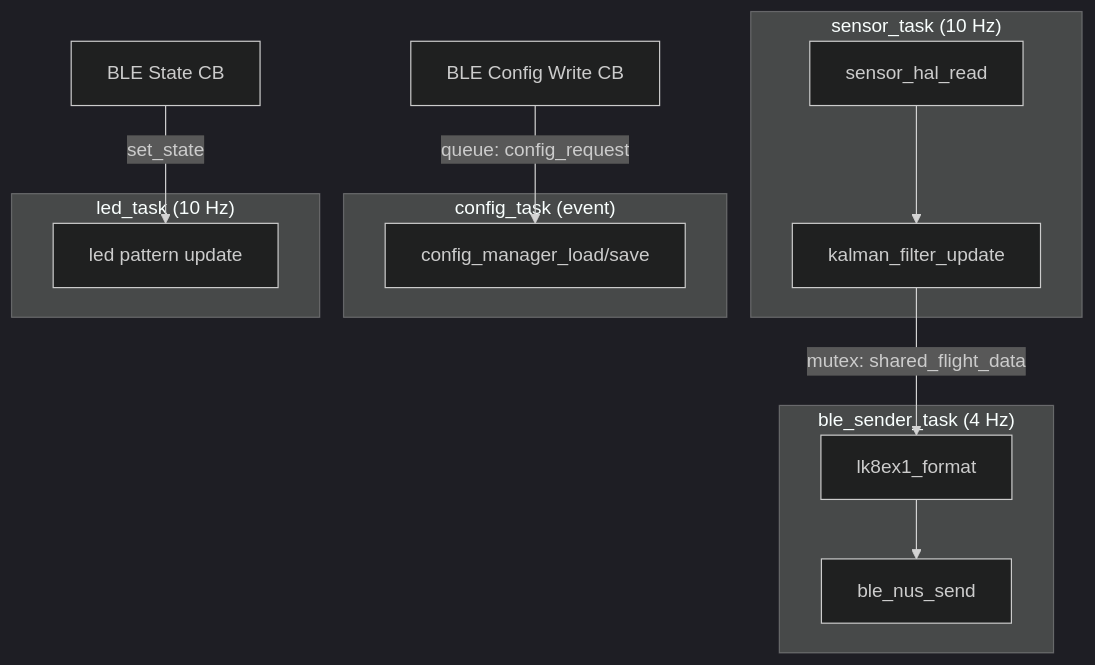
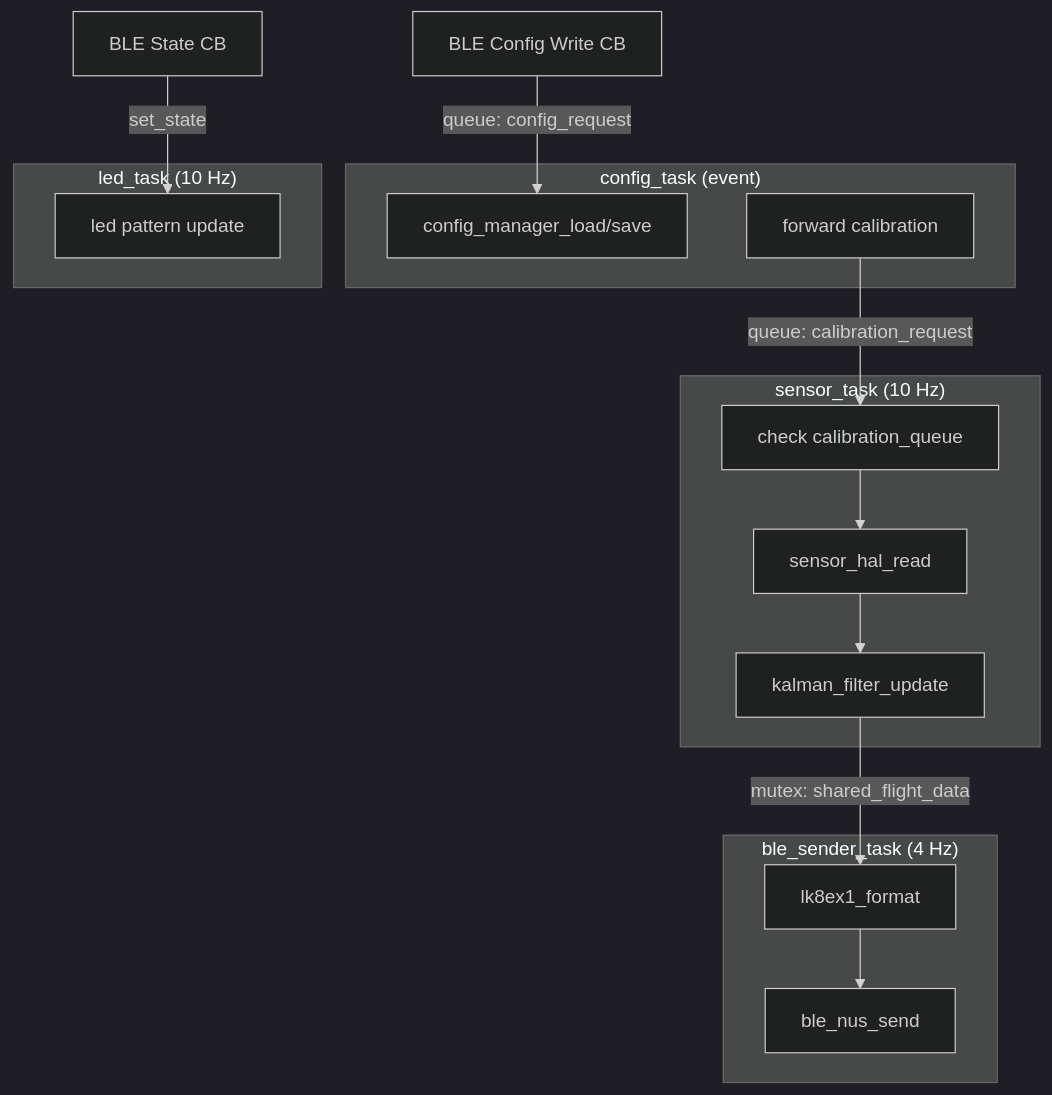
One commit to vabarcaPWR/esp-fly-in-peace changed the first of 4 diagrams in docs/architecture/firmware-architecture.md. Above: the diagram before and after it, drawn with Mermaid (dark theme). The commit also changed other lines of this file and 3 other files, not shown here.

Commit message:
Refine architecture and roadmaps

````diff
--- a/docs/architecture/firmware-architecture.md
+++ b/docs/architecture/firmware-architecture.md
@@ -690,27 +734,31 @@
 ```mermaid
 graph TB
     subgraph "sensor_task (10 Hz)"
+        S0[check calibration_queue]
         S1[sensor_hal_read]
         S2[kalman_filter_update]
     end
 
     subgraph "ble_sender_task (4 Hz)"
         B1[lk8ex1_format]
         B2[ble_nus_send]
     end
 
     subgraph "config_task (event)"
         C1[config_manager_load/save]
+        C2[forward calibration]
     end
 
     subgraph "led_task (10 Hz)"
         L1[led pattern update]
     end
 
+    S0 --> S1
     S1 --> S2
     S2 -->|mutex: shared_flight_data| B1
     B1 --> B2
 
     BLE_RX[BLE Config Write CB] -->|queue: config_request| C1
+    C2 -->|queue: calibration_request| S0
     BLE_STATE[BLE State CB] -->|set_state| L1
 ```
````
